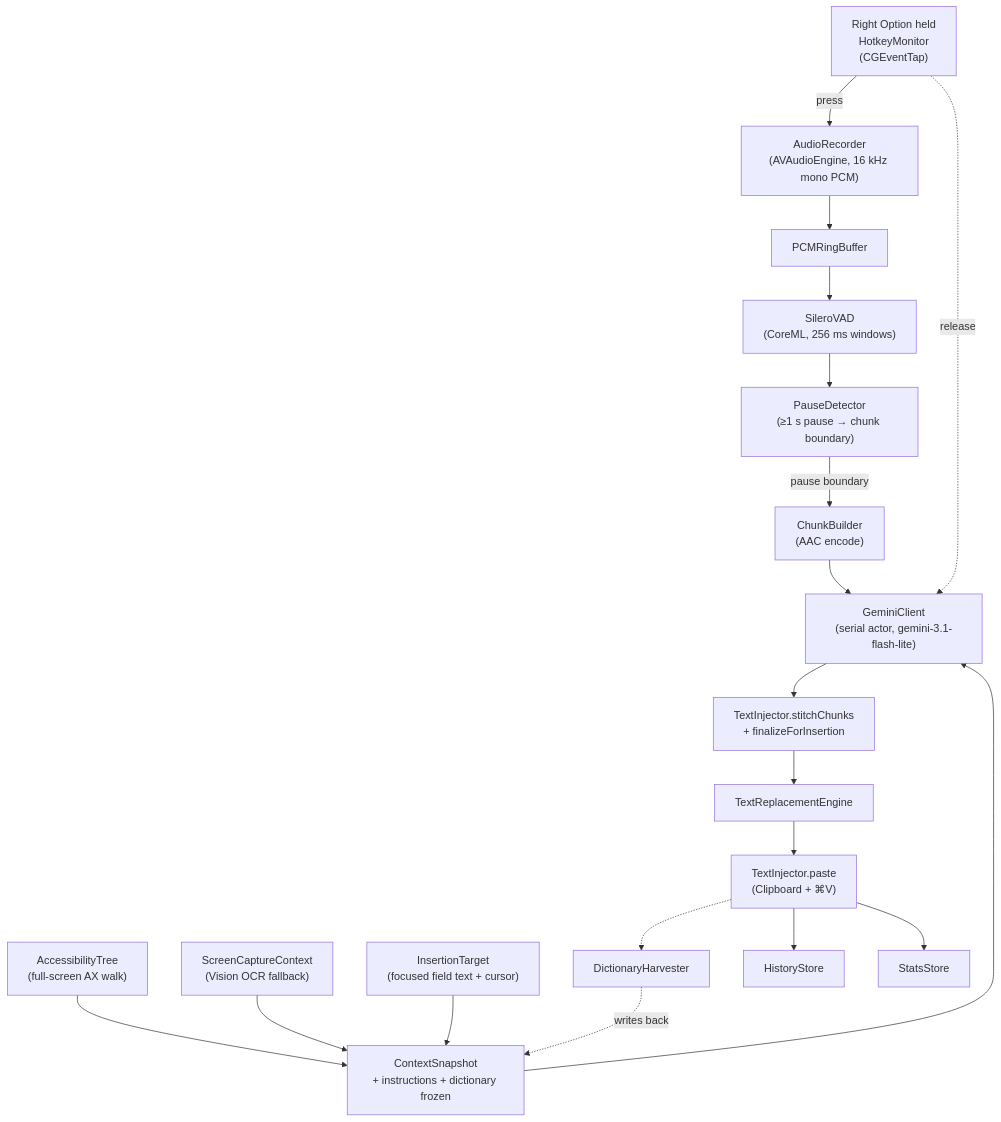
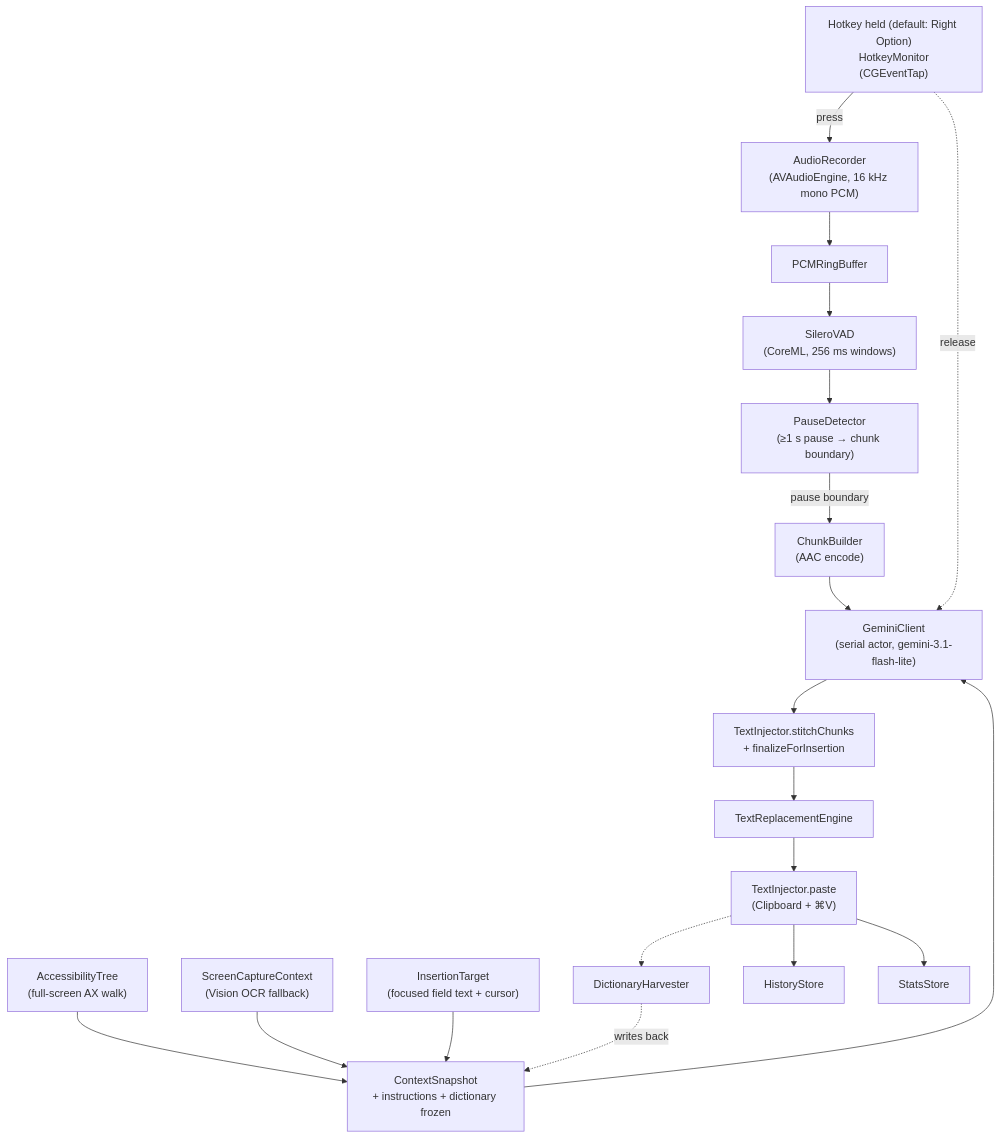
The diagram in docs/architecture/overview.md (weylandd/NoType), drawn with Mermaid before and after one commit. The commit also changed other lines of this file and 20 other files, not shown here.

````diff
--- a/docs/architecture/overview.md
+++ b/docs/architecture/overview.md
@@ -9,39 +9,39 @@
 ```mermaid
 flowchart TD
-  HK["Right Option held<br/>HotkeyMonitor<br/>(CGEventTap)"]
+  HK["Hotkey held (default: Right Option)<br/>HotkeyMonitor<br/>(CGEventTap)"]
   REC["AudioRecorder<br/>(AVAudioEngine, 16 kHz mono PCM)"]
   RING[PCMRingBuffer]
   VAD["SileroVAD<br/>(CoreML, 256 ms windows)"]
   PD["PauseDetector<br/>(≥1 s pause → chunk boundary)"]
   CB["ChunkBuilder<br/>(AAC encode)"]
   AX["AccessibilityTree<br/>(full-screen AX walk)"]
   OCR["ScreenCaptureContext<br/>(Vision OCR fallback)"]
   IT["InsertionTarget<br/>(focused field text + cursor)"]
   CTX["ContextSnapshot<br/>+ instructions + dictionary frozen"]
   GEM["GeminiClient<br/>(serial actor, gemini-3.1-flash-lite)"]
   STITCH["TextInjector.stitchChunks<br/>+ finalizeForInsertion"]
   REPL[TextReplacementEngine]
   INJ["TextInjector.paste<br/>(Clipboard + ⌘V)"]
   HARV[DictionaryHarvester]
   HIS[HistoryStore]
   STAT[StatsStore]
 
   HK -->|press| REC
   REC --> RING
   RING --> VAD
   VAD --> PD
   PD -->|pause boundary| CB
   CB --> GEM
   AX --> CTX
   OCR --> CTX
   IT --> CTX
   CTX --> GEM
   HK -.->|release| GEM
   GEM --> STITCH
   STITCH --> REPL
   REPL --> INJ
   INJ --> HIS
   INJ --> STAT
   INJ -.-> HARV
   HARV -.->|writes back| CTX
 ```
````
